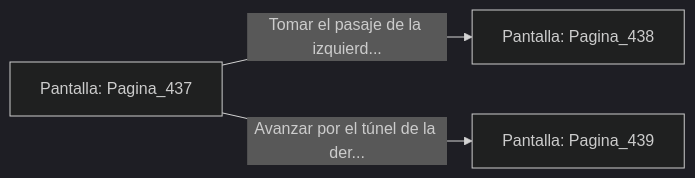
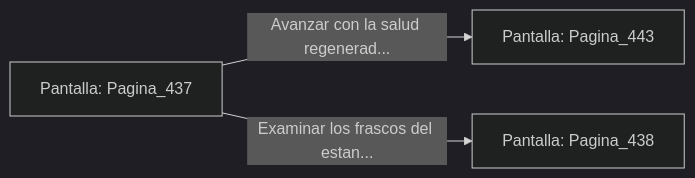
Before and after one commit to metsuke/mpl: the diagram in sample/eligejuego-vault/Pantalla_Pagina_437.md, drawn with Mermaid (dark theme). The commit also changed other lines of this file and 635 other files, not shown here.

First line of the commit message:
fix: añadir Pagina_1 como pantalla inicial en capitulo_01.mpl

````diff
--- a/sample/eligejuego-vault/Pantalla_Pagina_437.md
+++ b/sample/eligejuego-vault/Pantalla_Pagina_437.md
@@ -20,6 +24,6 @@
 ```mermaid
 graph LR
     P_Pagina_437["Pantalla: Pagina_437"]
-    P_Pagina_437 -->|"Tomar el pasaje de la izquierd..."| P_Pagina_438["Pantalla: Pagina_438"]
-    P_Pagina_437 -->|"Avanzar por el túnel de la der..."| P_Pagina_439["Pantalla: Pagina_439"]
+    P_Pagina_437 -->|"Avanzar con la salud regenerad..."| P_Pagina_443["Pantalla: Pagina_443"]
+    P_Pagina_437 -->|"Examinar los frascos del estan..."| P_Pagina_438["Pantalla: Pagina_438"]
 ```
````
